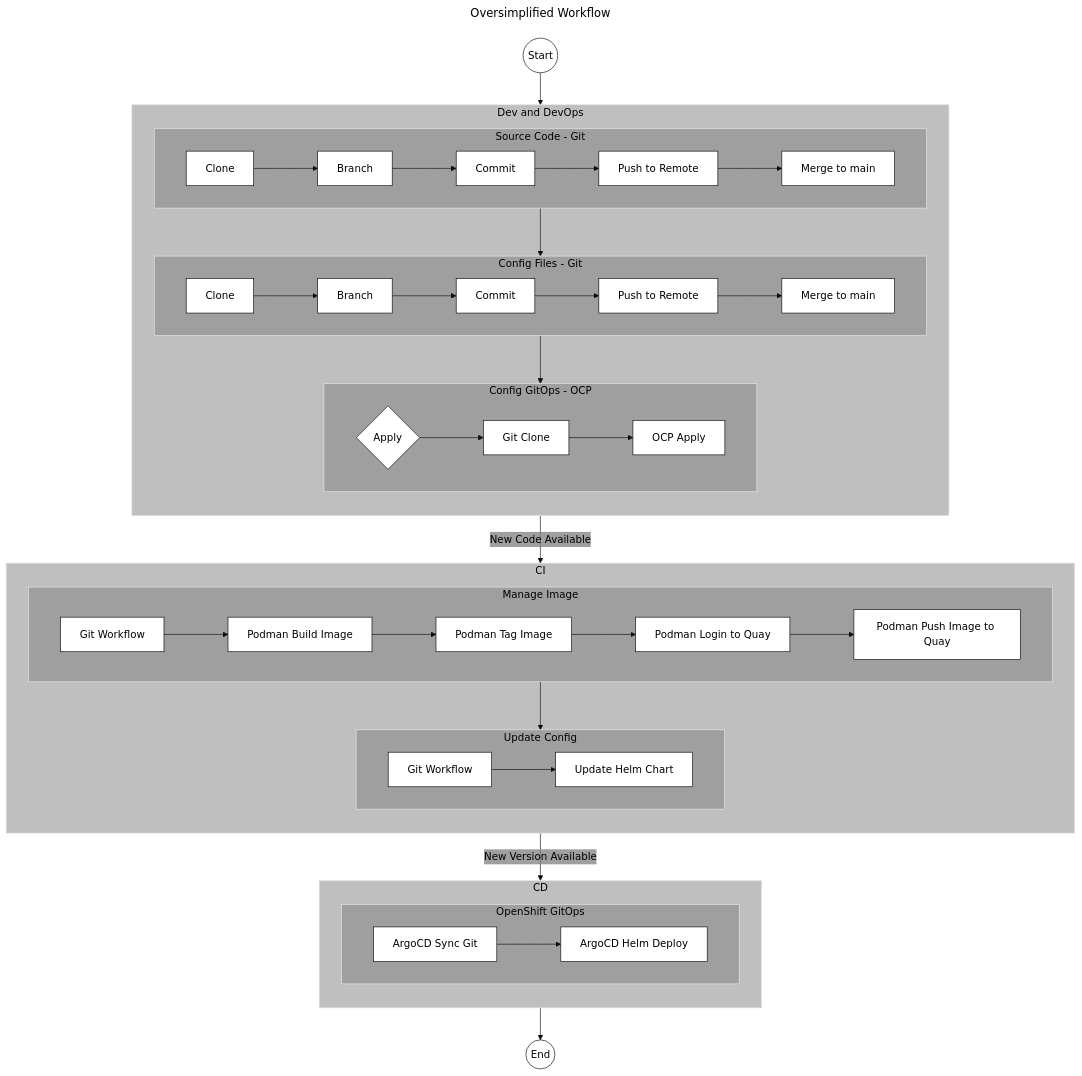
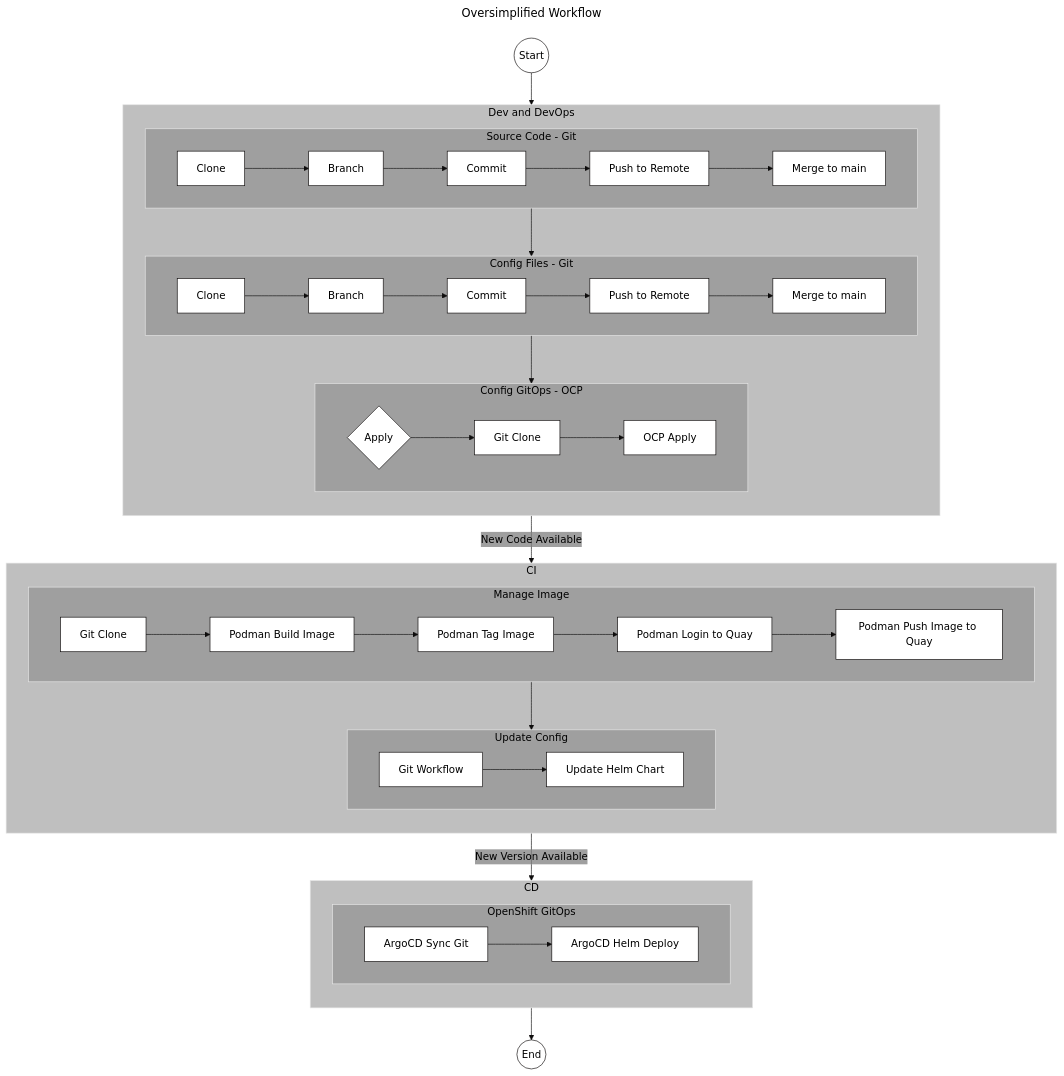
The diagram in README.md (ppremru/xyz-app), drawn with Mermaid before and after one commit. The commit also changed other lines of this file, not shown here.

````diff
--- a/README.md
+++ b/README.md
@@ -41,69 +43,69 @@
 ```mermaid
 ---
 title: Oversimplified Workflow
 config:
   theme: 'base'
   themeVariables:
     primaryColor: '#FFFFFFFF'
     primaryTextColor: '#000000'
     primaryBorderColor: '#0c0909ff'
     clusterBkg: '#80808080'
     lineColor: '#0e0d0dff'
     secondaryColor: '#80808080'
 ---
 flowchart TB
     subgraph 0[Dev and DevOps]
         direction TB
         subgraph s[Source Code - Git]
             direction LR
             s1[Clone] --> s2[Branch]
             s2 --> s3[Commit]
             s3 --> s4[Push to Remote]
             s4 --> s5[Merge to main]
         end
         subgraph c[Config Files - Git]
             direction LR
             c1[Clone] --> c2[Branch]
             c2 --> c3[Commit]
             c3 --> c4[Push to Remote]
             c4 --> c5[Merge to main]
         end
         s --> c
         subgraph x[Config GitOps - OCP]
             direction LR
             x0{Apply} --> x1[Git Clone]
             x1 --> x2[OCP Apply]
         end
         c --> x
     end
 
     subgraph 1[CI]
         direction TB
         subgraph buildimage[Manage Image]
             direction LR
-            buildimage0[Git Workflow] --> buildimage1[Podman Build Image]
+            buildimage0[Git Clone] --> buildimage1[Podman Build Image]
             buildimage1 --> buildimage2[Podman Tag Image]
             buildimage2 --> buildimage3[Podman Login to Quay]
             buildimage3 --> buildimage4[Podman Push Image to Quay]
         end
         subgraph updateconfig[Update Config]
             direction LR
             updateimage0[Git Workflow] --> updateimage1[Update Helm Chart]
         end
         buildimage --> updateconfig
     end
 
 
     subgraph 2[CD]
         direction TB
         subgraph OCP[OpenShift GitOps]
             direction LR
             OCP1[ArgoCD Sync Git] --> OCP2[ArgoCD Helm Deploy]
         end
     end
 
     Start((Start)) --> 0
     0 -- "New Code Available" --> 1
     1 -- "New Version Available" --> 2
     2 --> End((End))
 ```
````
